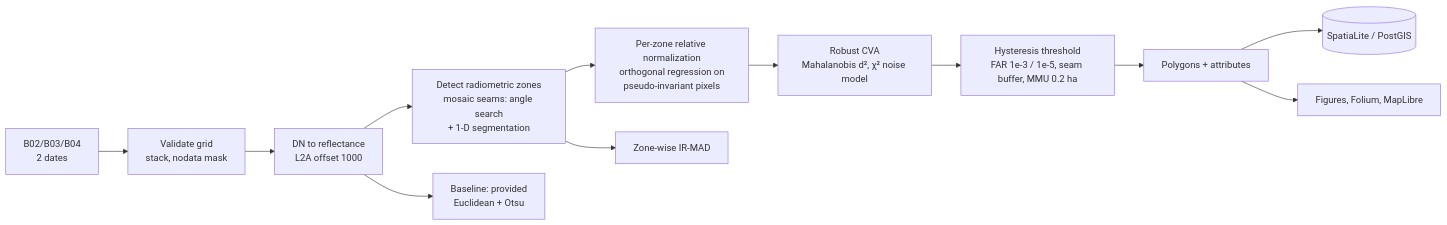
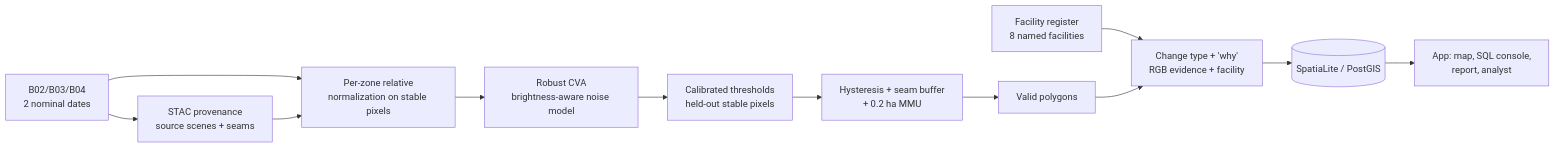
One commit to dzakybd/s2change changed the diagram in README.md. Above: the diagram before and after it, drawn with Mermaid. The commit also changed other lines of this file and 410 other files, not shown here.

First line of the commit message:
App for evaluators: overview, map, DB explorer, report, analyst, label

````diff
--- a/README.md
+++ b/README.md
@@ -90,14 +41,14 @@
 ```mermaid
 flowchart LR
-  A[B02/B03/B04<br/>2 dates] --> B[Validate grid<br/>stack, nodata mask]
-  B --> C[DN to reflectance<br/>L2A offset 1000]
-  C --> D[Detect radiometric zones<br/>mosaic seams: angle search<br/>+ 1-D segmentation]
-  D --> E[Per-zone relative normalization<br/>orthogonal regression on<br/>pseudo-invariant pixels]
-  E --> F[Robust CVA<br/>Mahalanobis d², χ² noise model]
-  F --> G[Hysteresis threshold<br/>FAR 1e-3 / 1e-5, seam buffer, MMU 0.2 ha]
-  G --> H[Polygons + attributes]
-  H --> I[(SpatiaLite / PostGIS)]
-  H --> J[Figures, Folium, MapLibre]
-  C --> K[Baseline: provided<br/>Euclidean + Otsu]
-  D --> L[Zone-wise IR-MAD]
+  A[B02/B03/B04<br/>2 nominal dates] --> P[STAC provenance<br/>source scenes + seams]
+  A --> N[Per-zone relative<br/>normalization on stable pixels]
+  P --> N
+  N --> C[Robust CVA<br/>brightness-aware noise model]
+  C --> K[Calibrated thresholds<br/>held-out stable pixels]
+  K --> B[Hysteresis + seam buffer<br/>+ 0.2 ha MMU]
+  B --> V[Valid polygons]
+  R[Facility register<br/>8 named facilities] --> T
+  V --> T[Change type + 'why'<br/>RGB evidence + facility]
+  T --> D[(SpatiaLite / PostGIS)]
+  D --> W[App: map, SQL console,<br/>report, analyst]
 ```
````
